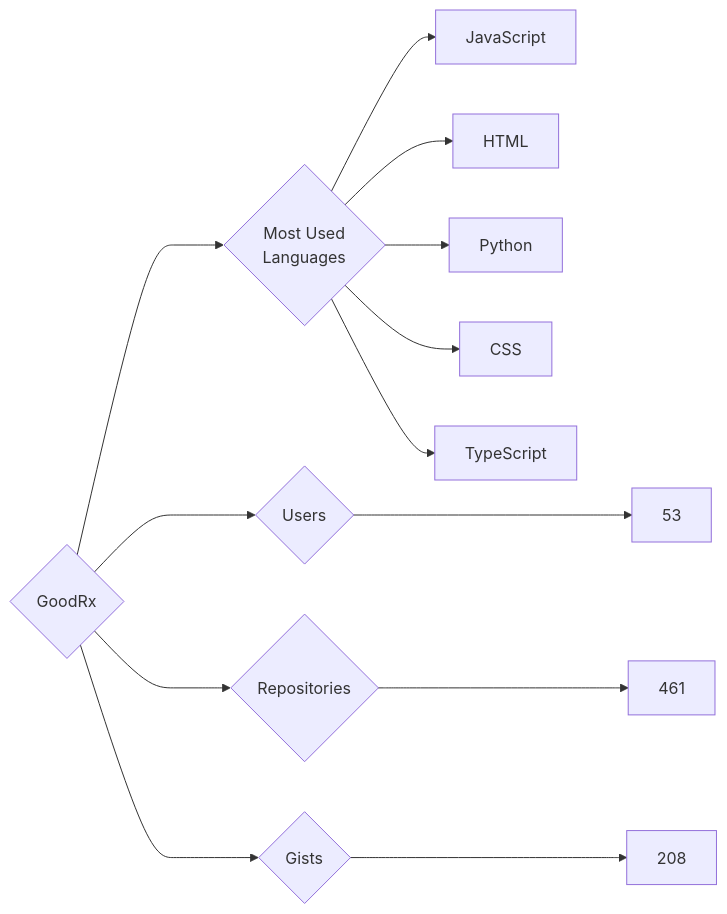
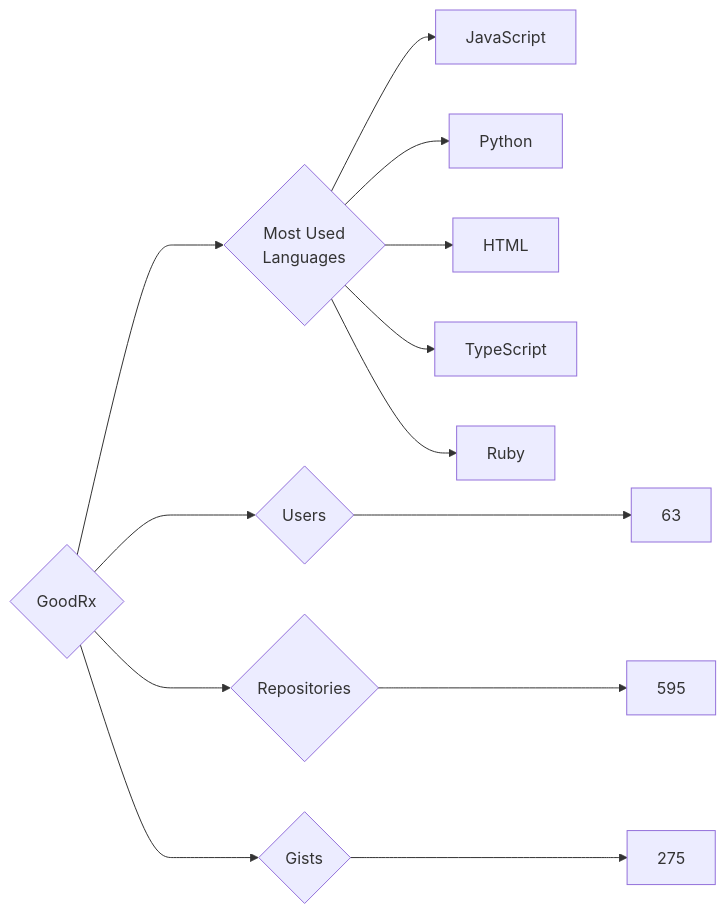
One commit to trickest/insiders changed the diagram in targets/GoodRx/README.md. Above: the diagram before and after it, drawn with Mermaid. The commit also changed 951 other files, not shown here.

````diff
--- a/targets/GoodRx/README.md
+++ b/targets/GoodRx/README.md
@@ -3,13 +3,13 @@
 ```mermaid
 graph LR
 COMPANY_NAME{GoodRx}
-COMPANY_NAME ---> U{Users} ---> UN[53]
-COMPANY_NAME ---> R{Repositories} ---> RN[461]
-COMPANY_NAME ---> G{Gists} ---> GN[208]
+COMPANY_NAME ---> U{Users} ---> UN[63]
+COMPANY_NAME ---> R{Repositories} ---> RN[595]
+COMPANY_NAME ---> G{Gists} ---> GN[275]
 COMPANY_NAME ---> ML{Most Used<br>Languages}
 ML --> JavaScript[JavaScript]
+ML --> Python[Python]
 ML --> HTML[HTML]
-ML --> Python[Python]
-ML --> CSS[CSS]
 ML --> TypeScript[TypeScript]
+ML --> Ruby[Ruby]
 ```
````
